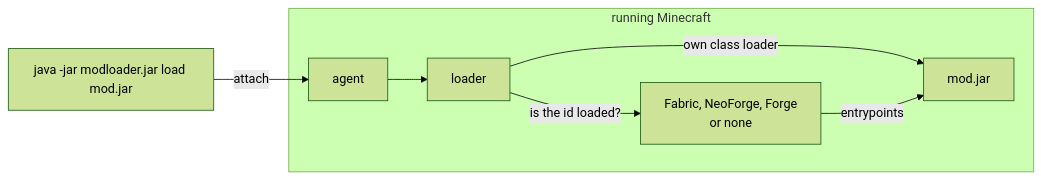
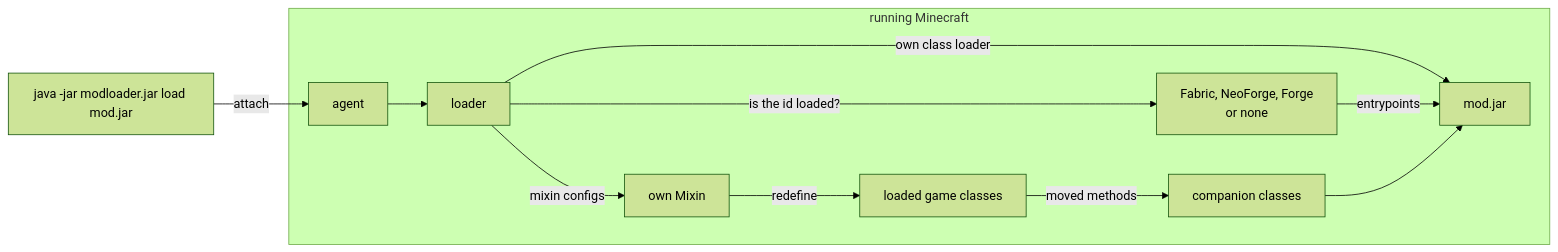
Before and after one commit to CCBlueX/ModLoader: the diagram in README.md, drawn with Mermaid (forest theme). The commit also changed other lines of this file and 92 other files, not shown here.

Commit message:
feat: mixins on loaded classes

````diff
--- a/README.md
+++ b/README.md
@@ -8,10 +9,14 @@
 ```mermaid
 flowchart LR
     cli["java -jar modloader.jar load mod.jar"] -- attach --> agent
     subgraph game ["running Minecraft"]
         agent --> loader
         loader -- "is the id loaded?" --> framework["Fabric, NeoForge, Forge<br/>or none"]
         loader -- "own class loader" --> mod["mod.jar"]
         framework -- entrypoints --> mod
+        loader -- "mixin configs" --> mixin["own Mixin"]
+        mixin -- "redefine" --> classes["loaded game classes"]
+        classes -- "moved methods" --> companions["companion classes"]
+        companions --> mod
     end
 ```
````
